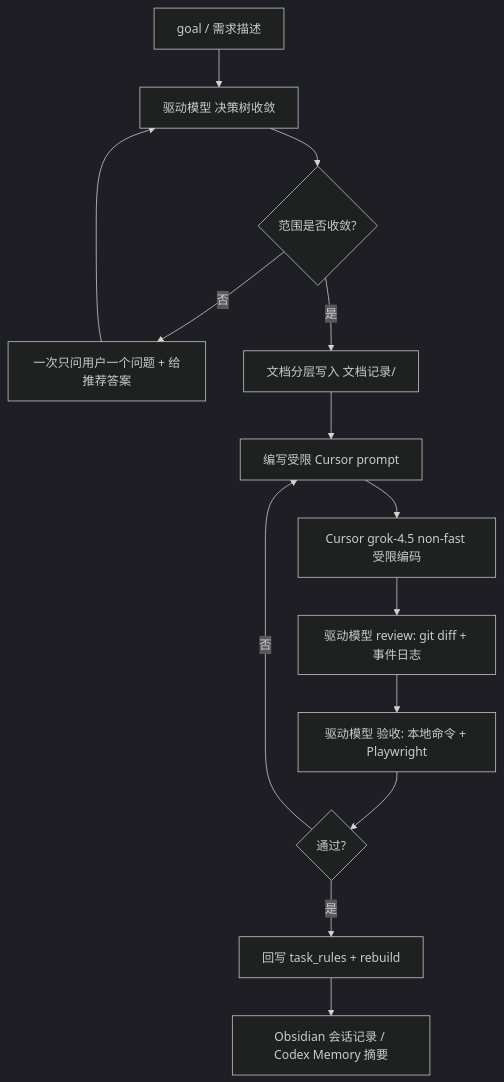
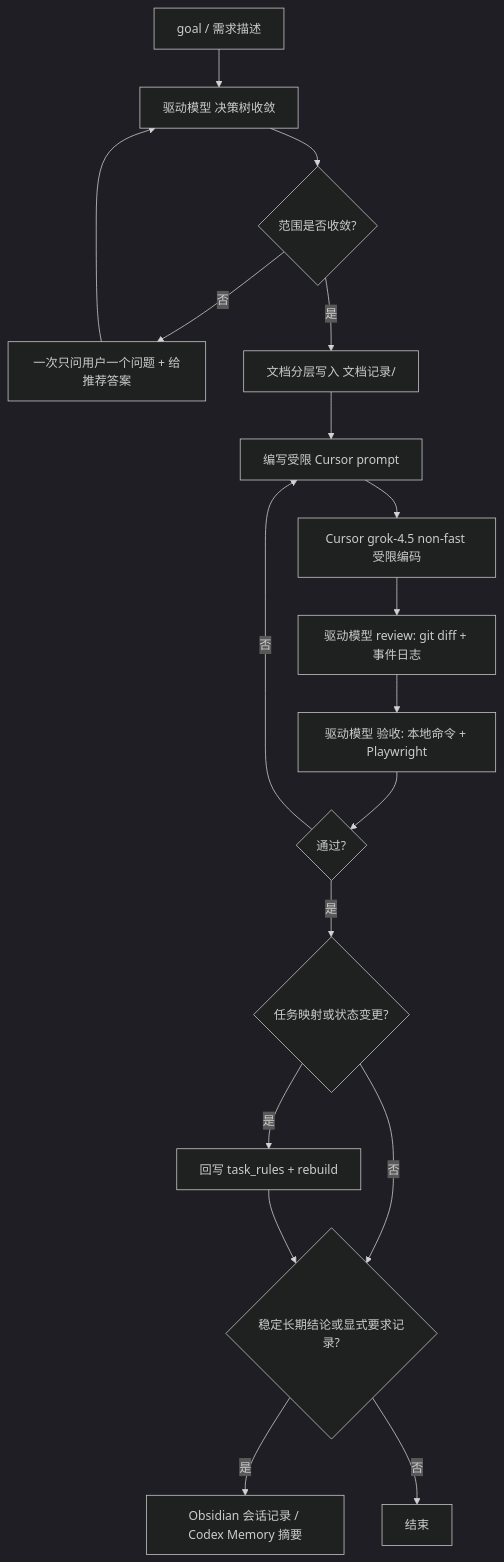
One commit to JeanbartBiubiu/damage_viewer_project_planning changed the diagram in 项目设计说明书/06-开发模式与协同流程.md. Above: the diagram before and after it, drawn with Mermaid (dark theme). The commit also changed other lines of this file and 64 other files, not shown here.

````diff
--- a/项目设计说明书/06-开发模式与协同流程.md
+++ b/项目设计说明书/06-开发模式与协同流程.md
@@ -46,16 +47,20 @@
 ```mermaid
 flowchart TD
     A[goal / 需求描述] --> B[驱动模型 决策树收敛]
     B --> C{范围是否收敛?}
     C -->|否| D[一次只问用户一个问题 + 给推荐答案]
     D --> B
     C -->|是| E[文档分层写入 文档记录/]
     E --> F[编写受限 Cursor prompt]
     F --> G[Cursor grok-4.5 non-fast 受限编码]
     G --> H[驱动模型 review: git diff + 事件日志]
     H --> I[驱动模型 验收: 本地命令 + Playwright]
     I --> J{通过?}
     J -->|否| F
-    J -->|是| K[回写 task_rules + rebuild]
-    K --> L[Obsidian 会话记录 / Codex Memory 摘要]
+    J -->|是| M{任务映射或状态变更?}
+    M -->|是| K[回写 task_rules + rebuild]
+    M -->|否| N{稳定长期结论或显式要求记录?}
+    K --> N
+    N -->|是| L[Obsidian 会话记录 / Codex Memory 摘要]
+    N -->|否| O[结束]
 ```
````
